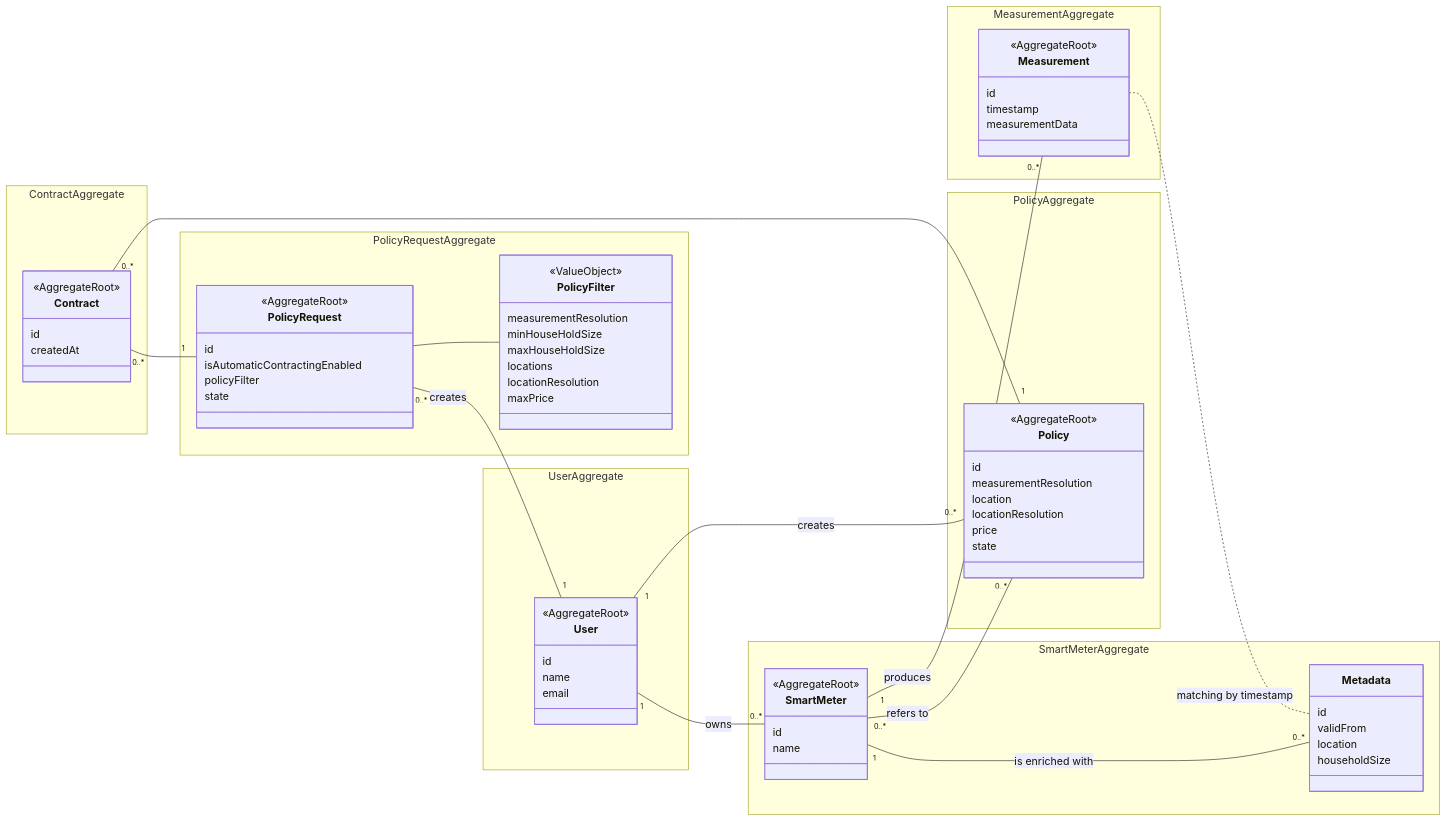
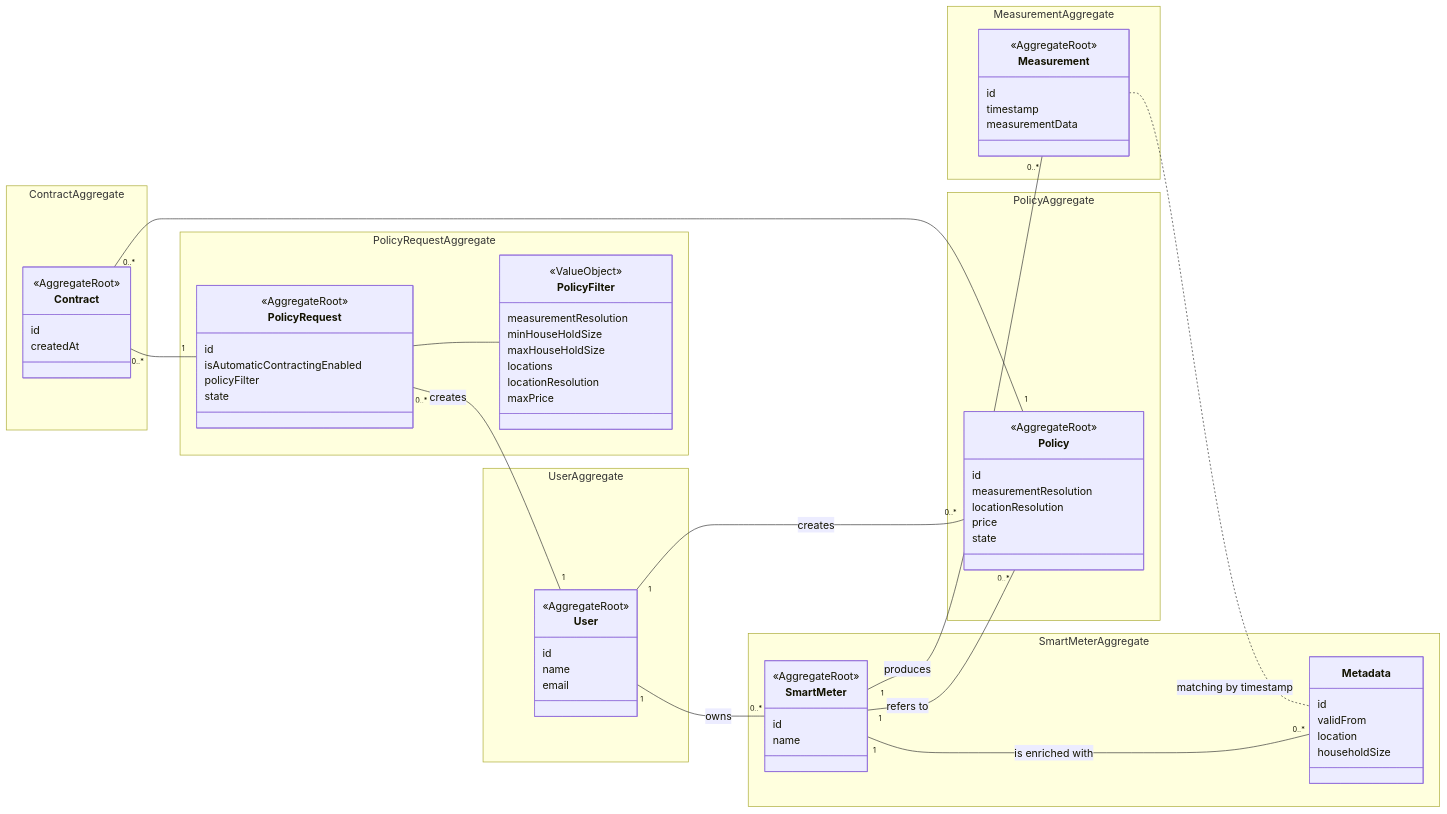
Before and after one commit to SM-MAMI/smaiax-backend: the diagram in README.md, drawn with Mermaid. The commit also changed 19 other files, not shown here.

First line of the commit message:
refactor(domain): change relationship between policy and smart meter

````diff
--- a/README.md
+++ b/README.md
@@ -51,7 +51,6 @@
             <<AggregateRoot>>
             id
             measurementResolution
-            location
             locationResolution
             price
             state
@@ -93,7 +92,7 @@
 PolicyRequest -- PolicyFilter
 PolicyRequest "0..*" -- "1" User : creates
 User "1" -- "0..*" SmartMeter : owns
-SmartMeter "0..*" -- "0..*" Policy : refers to
+SmartMeter "1" -- "0..*" Policy : refers to
 SmartMeter "1" -- "0..*" Measurement : produces
 SmartMeter "1" -- "0..*" Metadata : is enriched with
 ```
````
